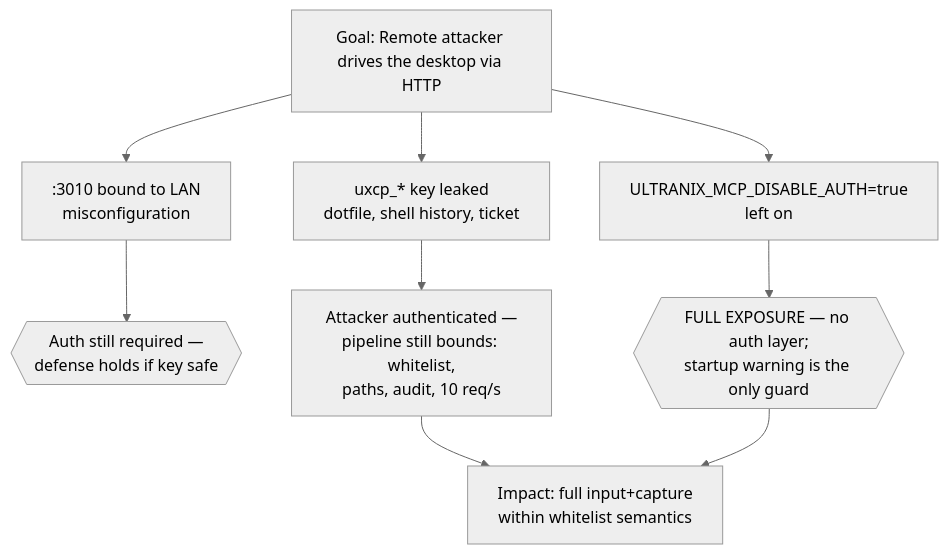
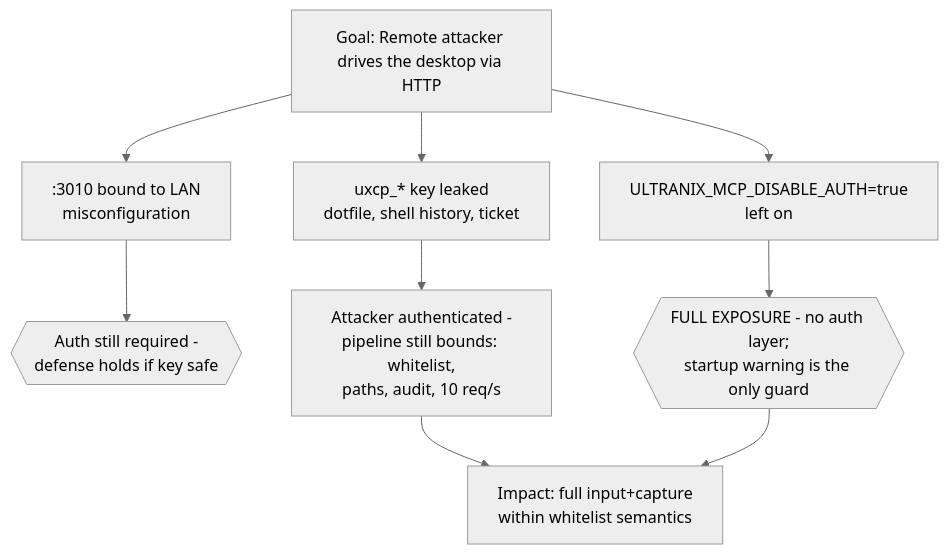
The third of 3 diagrams in docs/THREAT_MODEL.md (jxoesneon/ultranix-mcp), drawn with Mermaid (neutral theme) before and after one commit. The commit also changed other lines of this file and 111 other files, not shown here.

````diff
--- a/docs/THREAT_MODEL.md
+++ b/docs/THREAT_MODEL.md
@@ -652,11 +630,11 @@
 ```mermaid
 graph TD
     A[Goal: Remote attacker drives the desktop via HTTP] --> B1[":3010 bound to LAN<br>misconfiguration"]
     A --> B2["uxcp_* key leaked<br>dotfile, shell history, ticket"]
     A --> B3["ULTRANIX_MCP_DISABLE_AUTH=true<br>left on"]
-    B1 --> C1{{"Auth still required —<br>defense holds if key safe"}}
-    B2 --> C2["Attacker authenticated —<br>pipeline still bounds: whitelist,<br>paths, audit, 10 req/s"]
-    B3 --> C3{{"FULL EXPOSURE — no auth layer;<br>startup warning is the only guard"}}
+    B1 --> C1{{"Auth still required -<br>defense holds if key safe"}}
+    B2 --> C2["Attacker authenticated -<br>pipeline still bounds: whitelist,<br>paths, audit, 10 req/s"]
+    B3 --> C3{{"FULL EXPOSURE - no auth layer;<br>startup warning is the only guard"}}
     C2 --> D["Impact: full input+capture<br>within whitelist semantics"]
     C3 --> D
 ```
````
